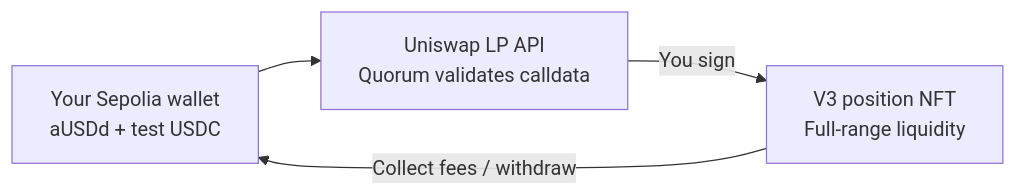
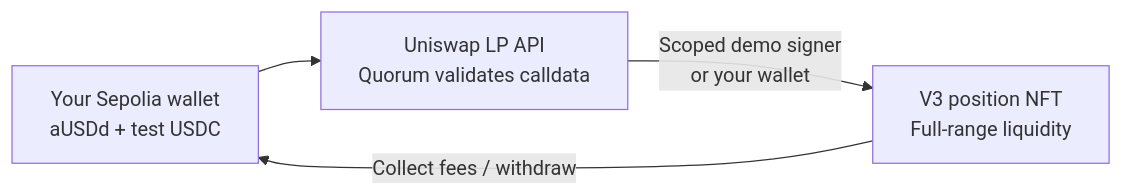
One commit to jmgomezl/aivy-parametric-pool changed the third of 5 diagrams in README.md. Above: the diagram before and after it, drawn with Mermaid. The commit also changed other lines of this file and 19 other files, not shown here.

````diff
--- a/README.md
+++ b/README.md
@@ -188,6 +194,6 @@
 ```mermaid
 flowchart LR
   W["Your Sepolia wallet<br/>aUSDd + test USDC"] --> A["Uniswap LP API<br/>Quorum validates calldata"]
-  A -->|"You sign"| N["V3 position NFT<br/>Full-range liquidity"]
+  A -->|"Scoped demo signer<br/>or your wallet"| N["V3 position NFT<br/>Full-range liquidity"]
   N -->|"Collect fees / withdraw"| W
 ```
````
